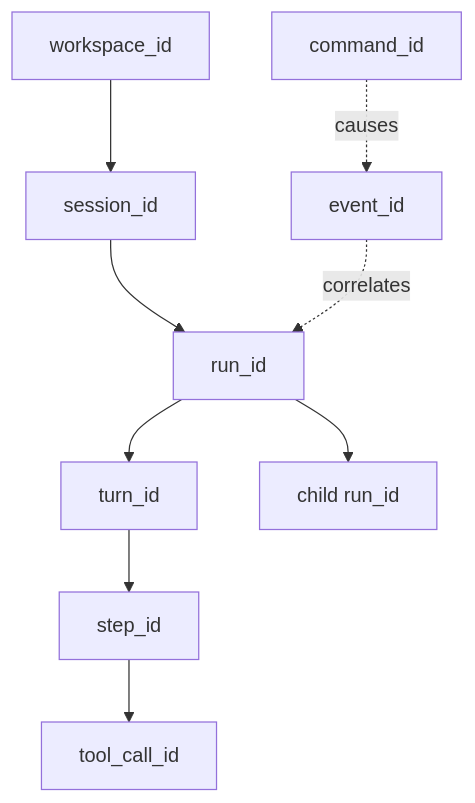
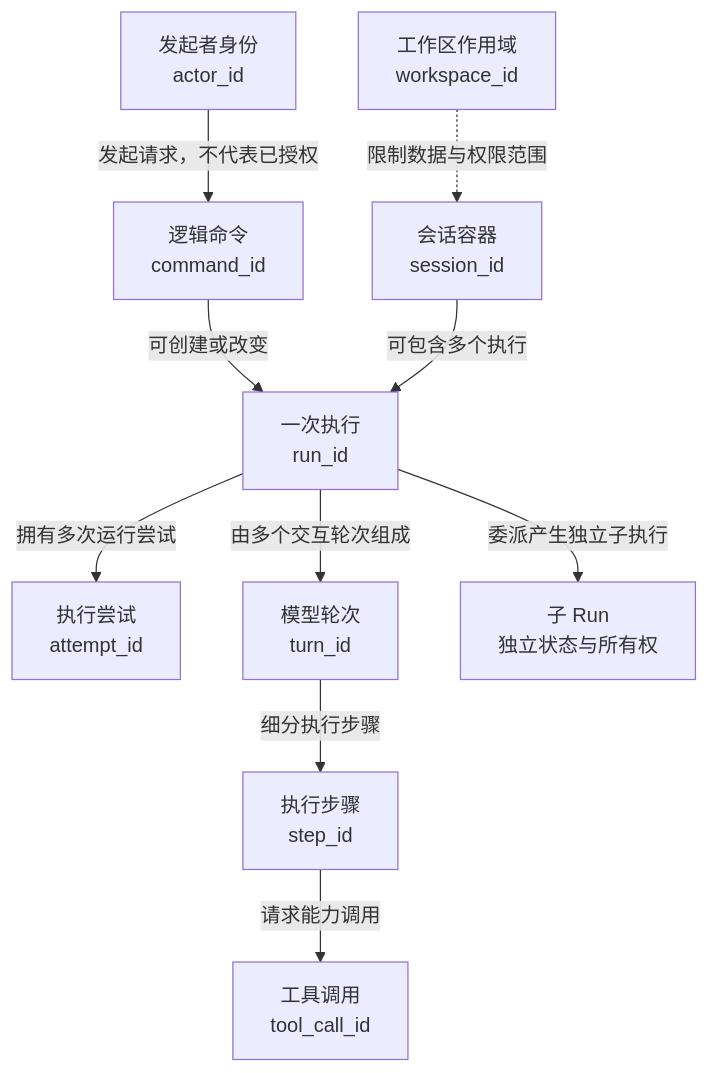
Before and after one commit to Cainheart/tracegraph-agent: the second of 5 diagrams in docs/outlive-agent-v2/01-system-architecture/03-identity-state-recovery.md, drawn with Mermaid. The commit also changed other lines of this file and 35 other files, not shown here.

First line of the commit message:
docs(architecture): 以 Agent Runtime 与 Session/Evidence 取代三平面模型

````diff
--- a/docs/outlive-agent-v2/01-system-architecture/03-identity-state-recovery.md
+++ b/docs/outlive-agent-v2/01-system-architecture/03-identity-state-recovery.md
@@ -15,11 +52,12 @@
 ```mermaid
 flowchart TB
-  W[workspace_id] --> S[session_id]
-  S --> R[run_id]
-  R --> T[turn_id]
-  T --> ST[step_id]
-  ST --> TC[tool_call_id]
-  R --> CH[child run_id]
-  E[event_id] -.correlates.-> R
-  C[command_id] -.causes.-> E
+  W[工作区作用域<br/>workspace_id] -.限制数据与权限范围.-> S[会话容器<br/>session_id]
+  ACTOR[发起者身份<br/>actor_id] -->|发起请求，不代表已授权| CMD[逻辑命令<br/>command_id]
+  CMD -->|可创建或改变| R[一次逻辑执行<br/>run_id]
+  S -->|可包含多个执行| R[一次执行<br/>run_id]
+  R -->|拥有多次运行尝试| A[执行尝试<br/>attempt_id]
+  R -->|由多个交互轮次组成| T[模型轮次<br/>turn_id]
+  T -->|细分执行步骤| ST[执行步骤<br/>step_id]
+  ST -->|请求能力调用| TC[工具调用<br/>tool_call_id]
+  R -->|委派产生独立子执行| CH[子 Run<br/>独立状态与所有权]
 ```
````
